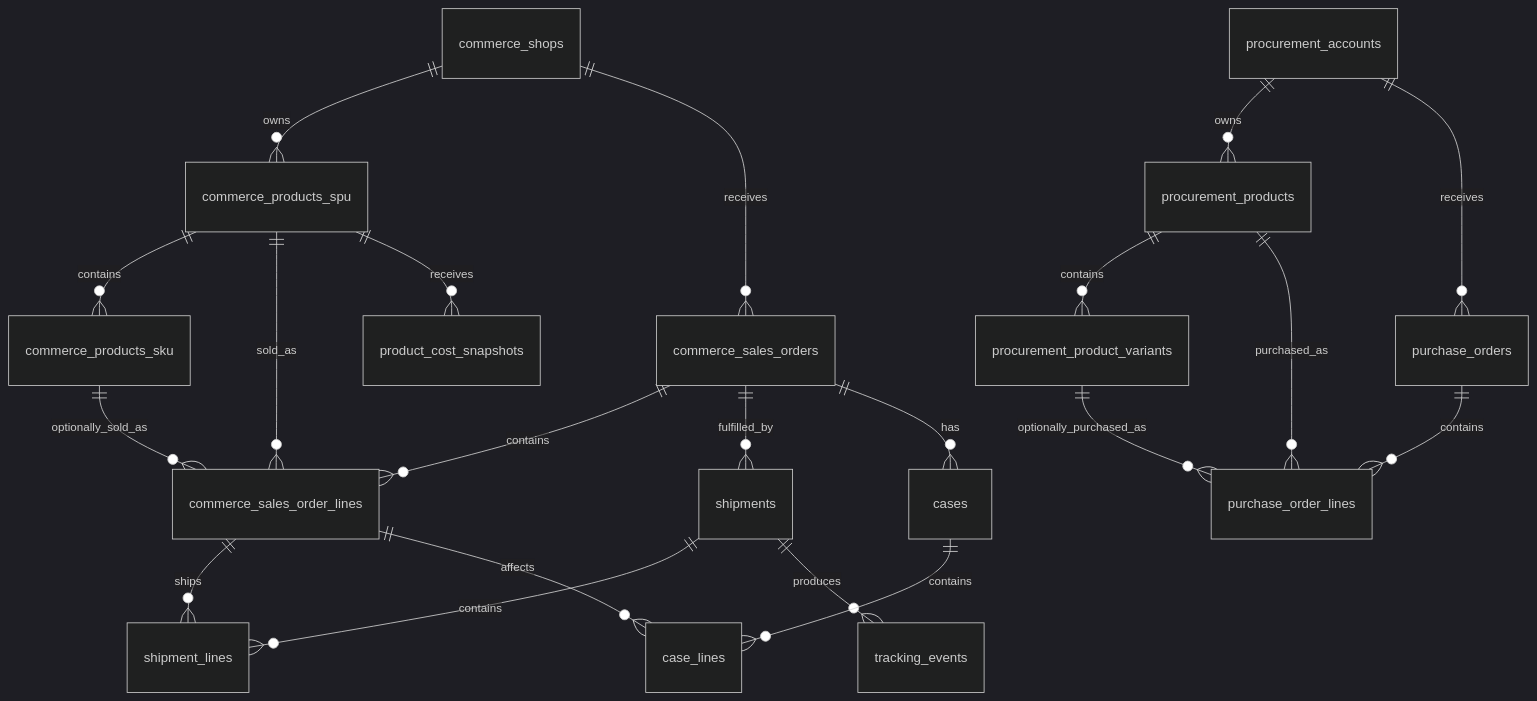
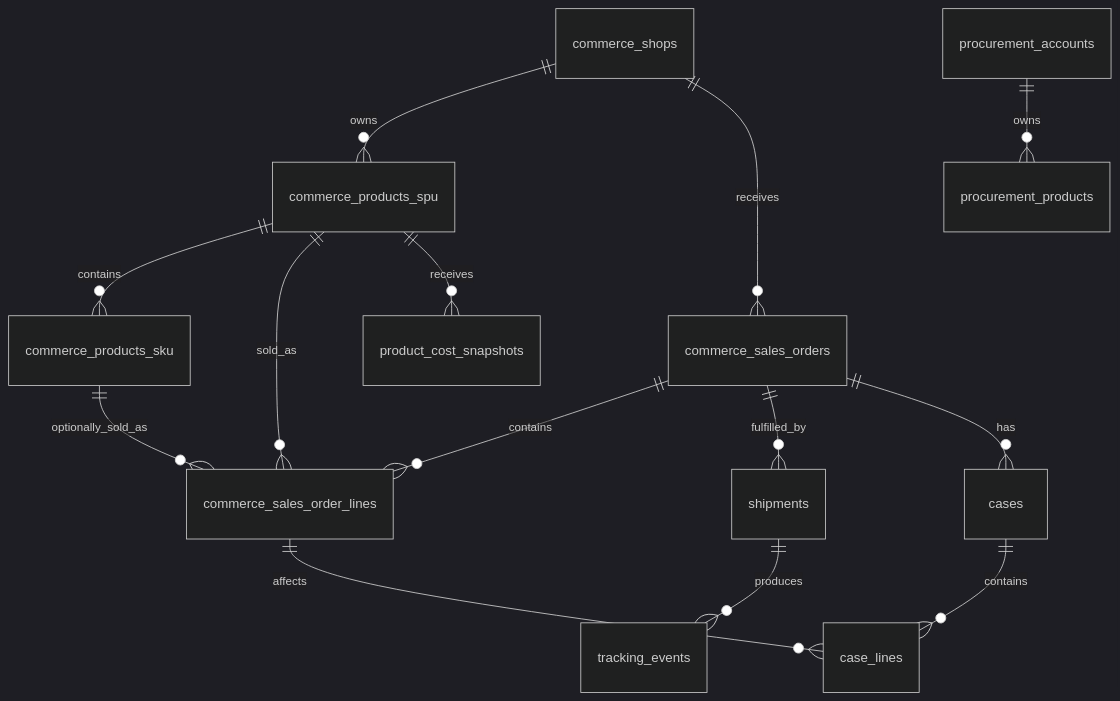
One commit to brakchen/tts-erp changed the diagram in tech-doc/data-model-target-v3.md. Above: the diagram before and after it, drawn with Mermaid (dark theme). The commit also changed other lines of this file and 51 other files, not shown here.

````diff
--- a/tech-doc/data-model-target-v3.md
+++ b/tech-doc/data-model-target-v3.md
@@ -715,27 +631,20 @@
 ```mermaid
 erDiagram
     commerce_shops ||--o{ commerce_products_spu : owns
     commerce_products_spu ||--o{ commerce_products_sku : contains
     commerce_shops ||--o{ commerce_sales_orders : receives
     commerce_sales_orders ||--o{ commerce_sales_order_lines : contains
     commerce_products_spu ||--o{ commerce_sales_order_lines : sold_as
     commerce_products_sku ||--o{ commerce_sales_order_lines : optionally_sold_as
 
     procurement_accounts ||--o{ procurement_products : owns
-    procurement_products ||--o{ procurement_product_variants : contains
-    procurement_accounts ||--o{ purchase_orders : receives
-    purchase_orders ||--o{ purchase_order_lines : contains
-    procurement_products ||--o{ purchase_order_lines : purchased_as
-    procurement_product_variants ||--o{ purchase_order_lines : optionally_purchased_as
 
     commerce_sales_orders ||--o{ shipments : fulfilled_by
-    shipments ||--o{ shipment_lines : contains
-    commerce_sales_order_lines ||--o{ shipment_lines : ships
     shipments ||--o{ tracking_events : produces
 
     commerce_sales_orders ||--o{ cases : has
     cases ||--o{ case_lines : contains
     commerce_sales_order_lines ||--o{ case_lines : affects
 
     commerce_products_spu ||--o{ product_cost_snapshots : receives
 ```
````
